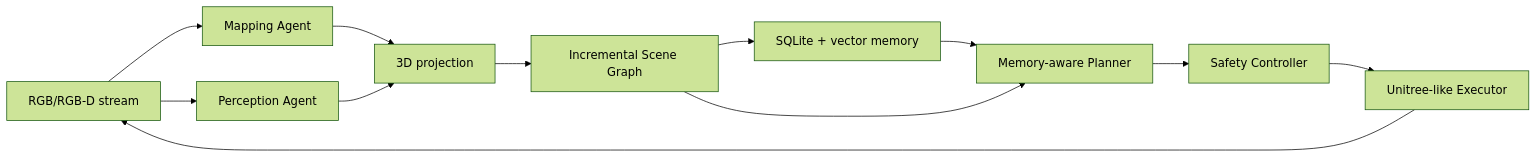
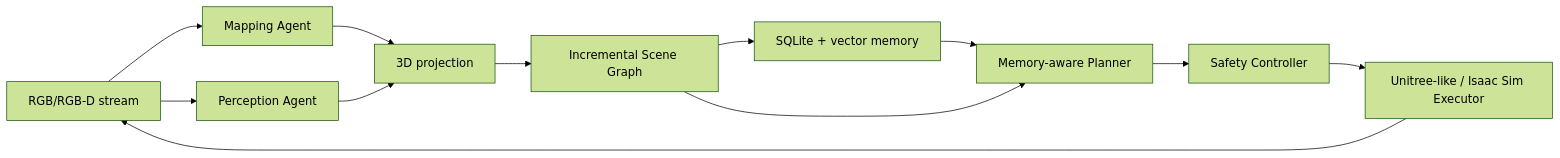
The diagram in README.md (DobricLilujun/AgenticMemoryNav), drawn with Mermaid (forest theme) before and after one commit. The commit also changed other lines of this file and 54 other files, not shown here.

````diff
--- a/README.md
+++ b/README.md
@@ -12,14 +12,14 @@
 ```mermaid
 flowchart LR
 		RGB[RGB/RGB-D stream] --> Map[Mapping Agent]
 		RGB --> Perception[Perception Agent]
 		Map --> Projection[3D projection]
 		Perception --> Projection
 		Projection --> Graph[Incremental Scene Graph]
 		Graph --> Memory[SQLite + vector memory]
 		Memory --> Planner[Memory-aware Planner]
 		Graph --> Planner
 		Planner --> Safety[Safety Controller]
-		Safety --> Executor[Unitree-like Executor]
+		Safety --> Executor[Unitree-like / Isaac Sim Executor]
 		Executor --> RGB
 ```
````
